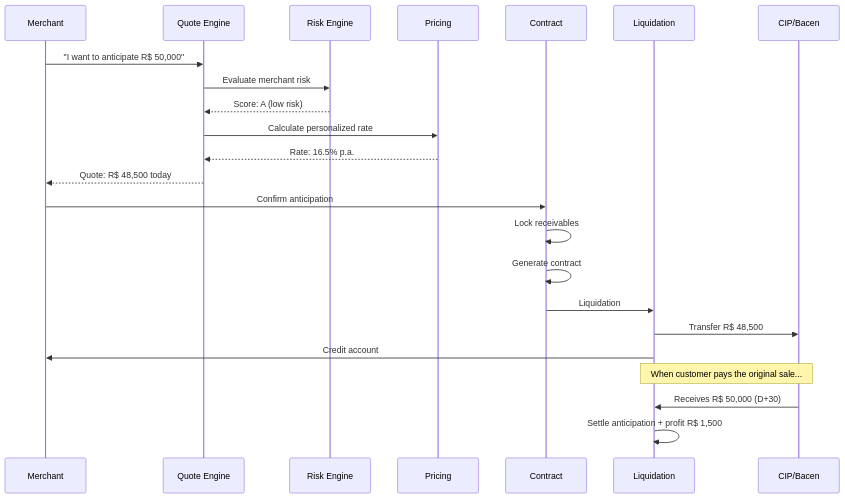
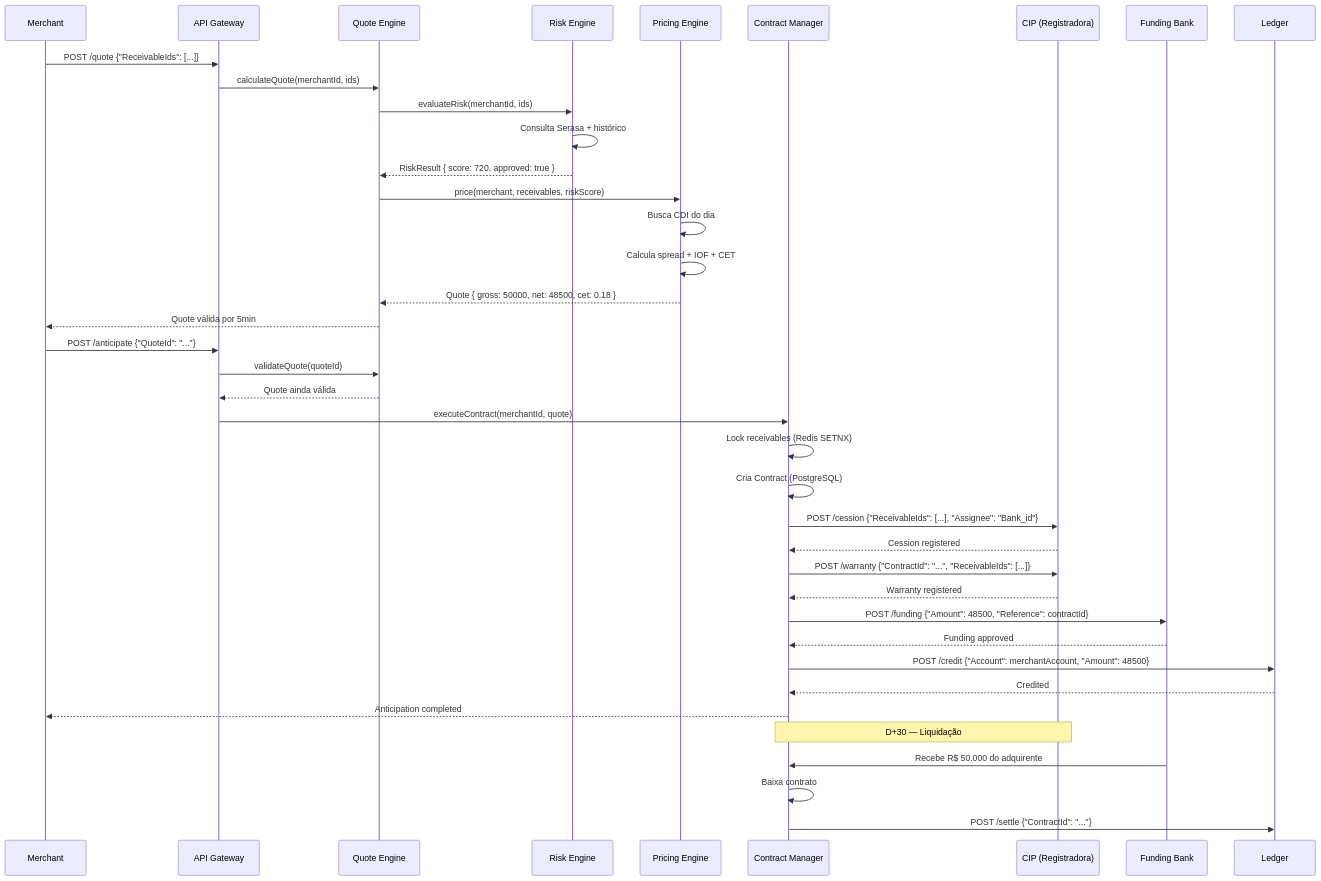
One commit to mateussiqueira/banking-stack changed the second of 4 diagrams in packages/docs/en/challenges/16-anticipation.md. Above: the diagram before and after it, drawn with Mermaid. The commit also changed other lines of this file and 24 other files, not shown here.

First line of the commit message:
roadmap 100%: API playground, EN sync, premium, white-label

````diff
--- a/packages/docs/en/challenges/16-anticipation.md
+++ b/packages/docs/en/challenges/16-anticipation.md
@@ -48,28 +191,45 @@
 ```mermaid
 sequenceDiagram
     participant M as Merchant
+    participant API as API Gateway
     participant Q as Quote Engine
     participant R as Risk Engine
-    participant P as Pricing
-    participant C as Contract
-    participant L as Liquidation
-    participant CIP as CIP/Bacen
+    participant P as Pricing Engine
+    participant C as Contract Manager
+    participant CIP as CIP (Registradora)
+    participant F as Funding Bank
+    participant LED as Ledger
 
-    M->>Q: "I want to anticipate R$ 50,000"
-    Q->>R: Evaluate merchant risk
-    R-->>Q: Score: A (low risk)
-    Q->>P: Calculate personalized rate
-    P-->>Q: Rate: 16.5% p.a.
-    Q-->>M: Quote: R$ 48,500 today
+    M->>API: POST /quote {"ReceivableIds": [...]}
+    API->>Q: calculateQuote(merchantId, ids)
+    Q->>R: evaluateRisk(merchantId, ids)
+    R->>R: Consulta Serasa + histórico
+    R-->>Q: RiskResult { score: 720, approved: true }
+    Q->>P: price(merchant, receivables, riskScore)
+    P->>P: Busca CDI do dia
+    P->>P: Calcula spread + IOF + CET
+    P-->>Q: Quote { gross: 50000, net: 48500, cet: 0.18 }
+    Q-->>M: Quote válida por 5min
 
-    M->>C: Confirm anticipation
-    C->>C: Lock receivables
-    C->>C: Generate contract
-    C->>L: Liquidation
-    L->>CIP: Transfer R$ 48,500
-    L->>M: Credit account
+    M->>API: POST /anticipate {"QuoteId": "..."}
+    API->>Q: validateQuote(quoteId)
+    Q-->>API: Quote ainda válida
+    API->>C: executeContract(merchantId, quote)
 
-    Note over L,CIP: When customer pays the original sale...
-    CIP->>L: Receives R$ 50,000 (D+30)
-    L->>L: Settle anticipation + profit R$ 1,500
+    C->>C: Lock receivables (Redis SETNX)
+    C->>C: Cria Contract (PostgreSQL)
+    C->>CIP: POST /cession {"ReceivableIds": [...], "Assignee": "Bank_id"}
+    CIP-->>C: Cession registered
+    C->>CIP: POST /warranty {"ContractId": "...", "ReceivableIds": [...]}
+    CIP-->>C: Warranty registered
+    C->>F: POST /funding {"Amount": 48500, "Reference": contractId}
+    F-->>C: Funding approved
+    C->>LED: POST /credit {"Account": merchantAccount, "Amount": 48500}
+    LED-->>C: Credited
+    C-->>M: Anticipation completed
+
+    Note over C,CIP: D+30 — Liquidação
+    F->>C: Recebe R$ 50.000 do adquirente
+    C->>C: Baixa contrato
+    C->>LED: POST /settle {"ContractId": "..."}
 ```
````
